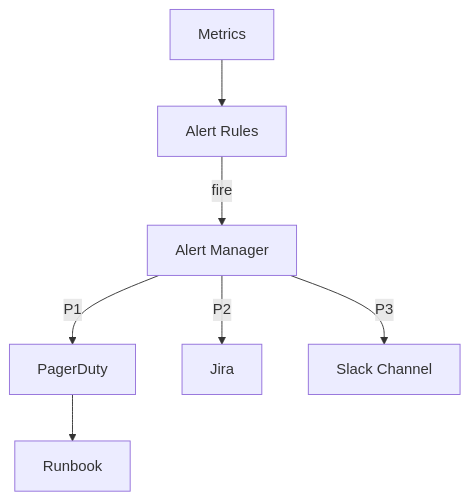
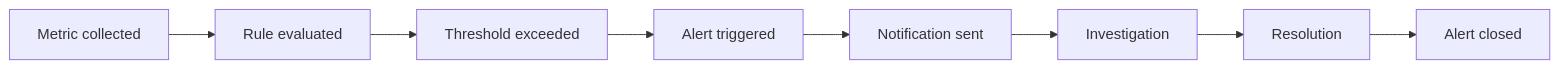
One commit to hareramcse/SystemDesign changed the fourth of 5 diagrams in 09-observability/README.md. Above: the diagram before and after it, drawn with Mermaid. The commit also changed other lines of this file, not shown here.

````diff
--- a/09-observability/README.md
+++ b/09-observability/README.md
@@ -1208,9 +1968,10 @@
 ```mermaid
-flowchart TB
-    M[Metrics] --> R[Alert Rules]
-    R -->|fire| AM[Alert Manager]
-    AM -->|P1| Page[PagerDuty]
-    AM -->|P2| Ticket[Jira]
-    AM -->|P3| Slack[Slack Channel]
-    Page --> RB[Runbook]
+flowchart LR
+    M[Metric collected] --> R[Rule evaluated]
+    R --> T[Threshold exceeded]
+    T --> A[Alert triggered]
+    A --> N[Notification sent]
+    N --> I[Investigation]
+    I --> X[Resolution]
+    X --> C[Alert closed]
 ```
````
